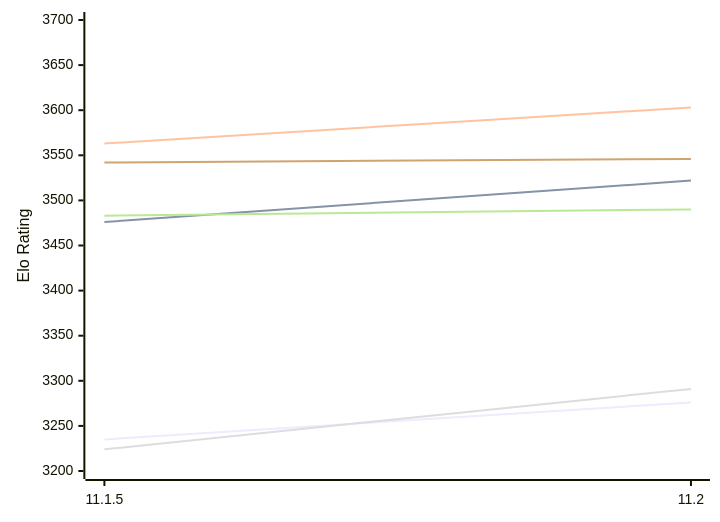
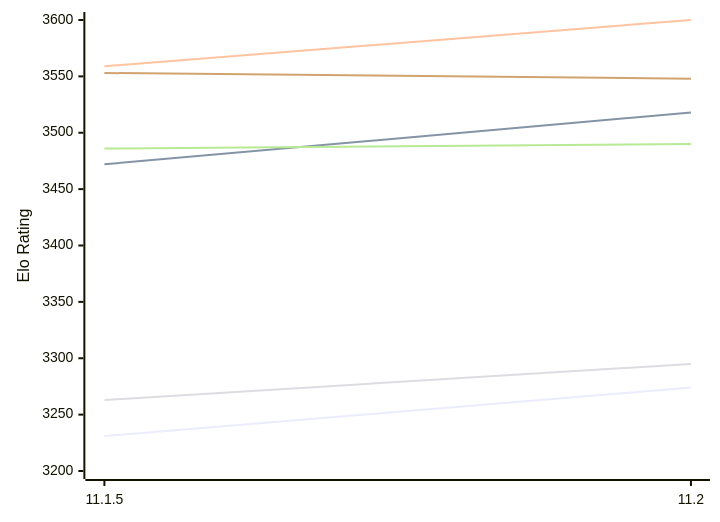
The first of 2 diagrams in engines/Lizard.md (computer-chess-index/cci), drawn with Mermaid before and after one commit. The commit also changed other lines of this file, not shown here.

Commit message:
Update CCI Ratings (ELO VLTC) - 2026-11-21

````diff
--- a/engines/Lizard.md
+++ b/engines/Lizard.md
@@ -52,12 +52,12 @@
 ```mermaid
 %%{init: {"theme":"base","themeVariables":{"seriesColors:['#a3a3a3','#222221','#faa371']}}}%%
 xychart-beta
   x-axis ["11.1.5", "11.2"]
-  y-axis "Elo Rating" 3200 --> 3700
-  line "E1: STC (8.0+0.08s)" [3235, 3276]
-  line "E1: LTC (60.0+0.60s)" [3476, 3522]
-  line "E1: VLTC (2m24s+1.12s)" [3563, 3603]
-  line "P1: STC (8.0+0.08s)" [3224, 3291]
-  line "P1: LTC (60.0+0.60s)" [3483, 3490]
-  line "P1: VLTC (2m24s+1.12s)" [3542, 3546]
+  y-axis "Elo Rating" 3200 --> 3600
+  line "E1: STC (8.0+0.08s)" [3231, 3274]
+  line "E1: LTC (60.0+0.60s)" [3472, 3518]
+  line "E1: VLTC (2m24s+1.12s)" [3559, 3600]
+  line "P1: STC (8.0+0.08s)" [3263, 3295]
+  line "P1: LTC (60.0+0.60s)" [3486, 3490]
+  line "P1: VLTC (2m24s+1.12s)" [3553, 3548]
 ```
````
